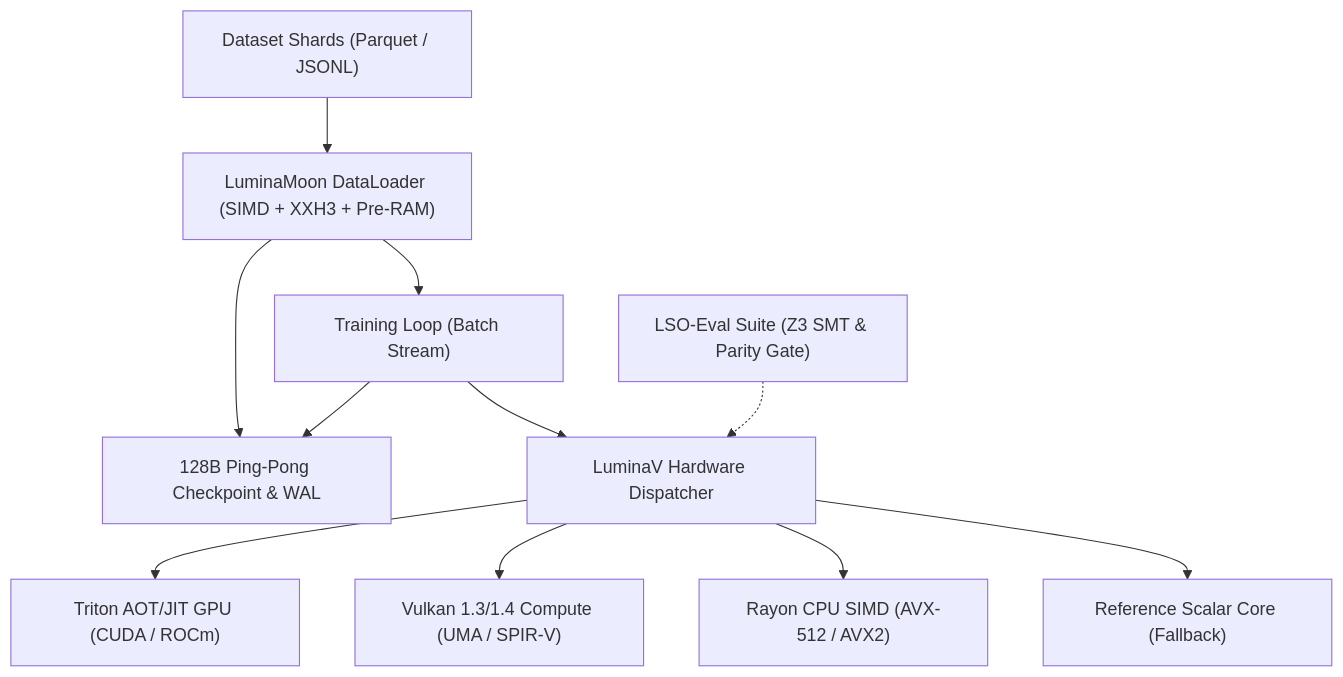
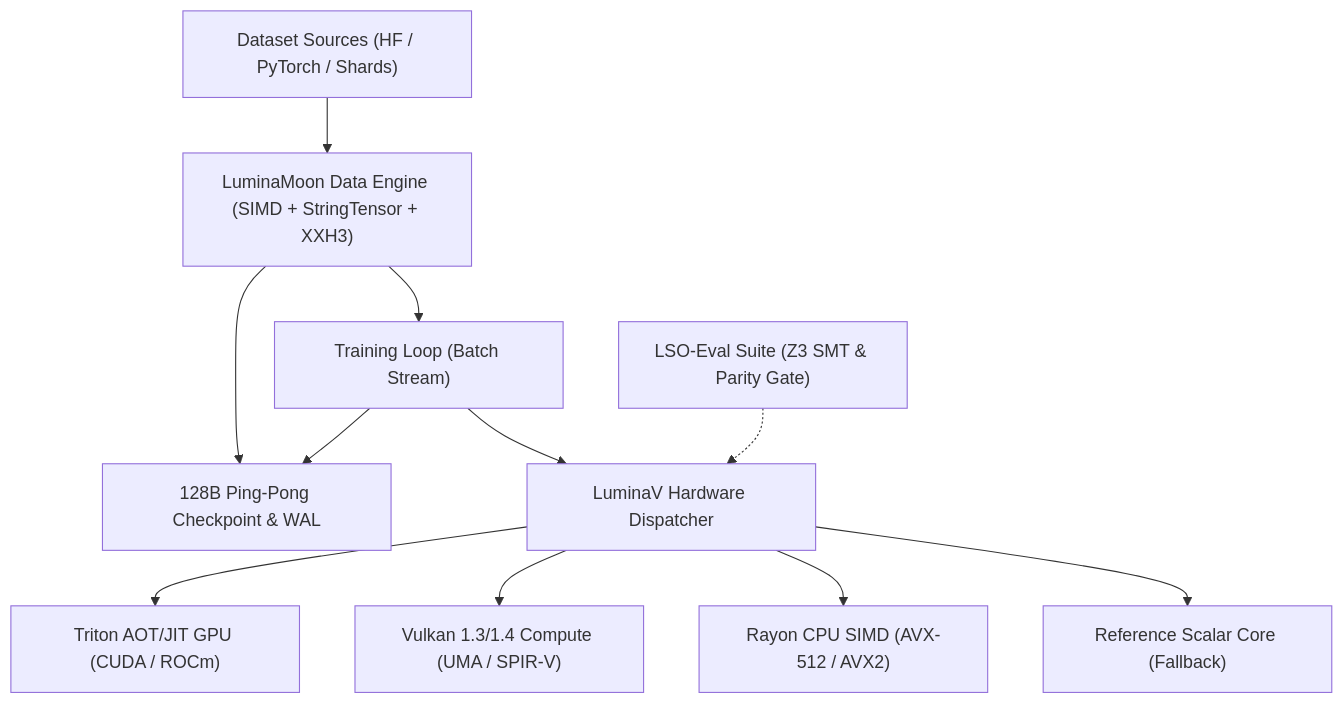
Before and after one commit to cloverx-id/luminamoon: the diagram in README.md, drawn with Mermaid. The commit also changed other lines of this file and 63 other files, not shown here.

First line of the commit message:
feat(data): modularize data micro-compute engine, StringTensor & release v1.0.2

````diff
--- a/README.md
+++ b/README.md
@@ -9,13 +9,13 @@
 ```mermaid
 flowchart TD
-    Shards["Dataset Shards (Parquet / JSONL)"] --> DataLoader["LuminaMoon DataLoader (SIMD + XXH3 + Pre-RAM)"]
+    Shards["Dataset Sources (HF / PyTorch / Shards)"] --> DataLoader["LuminaMoon Data Engine (SIMD + StringTensor + XXH3)"]
     DataLoader --> TrainLoop["Training Loop (Batch Stream)"]
     DataLoader --> Checkpoint["128B Ping-Pong Checkpoint & WAL"]
     TrainLoop --> Checkpoint
     TrainLoop --> Dispatcher["LuminaV Hardware Dispatcher"]
     Eval["LSO-Eval Suite (Z3 SMT & Parity Gate)"] -.-> Dispatcher
     Dispatcher --> Triton["Triton AOT/JIT GPU (CUDA / ROCm)"]
     Dispatcher --> Vulkan["Vulkan 1.3/1.4 Compute (UMA / SPIR-V)"]
     Dispatcher --> SIMD["Rayon CPU SIMD (AVX-512 / AVX2)"]
     Dispatcher --> Scalar["Reference Scalar Core (Fallback)"]
 ```
````
